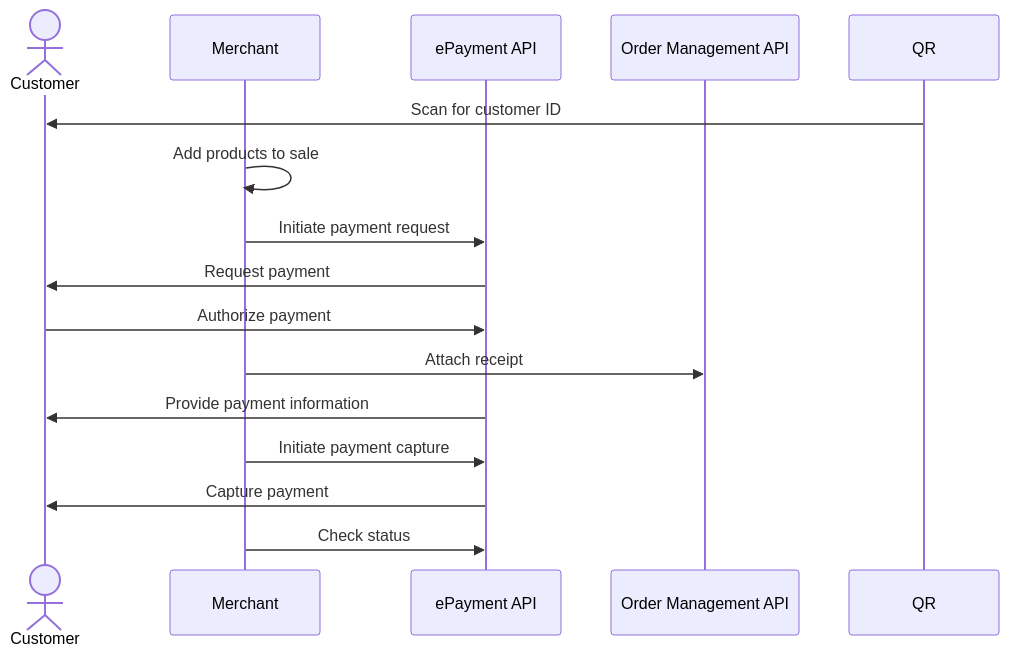
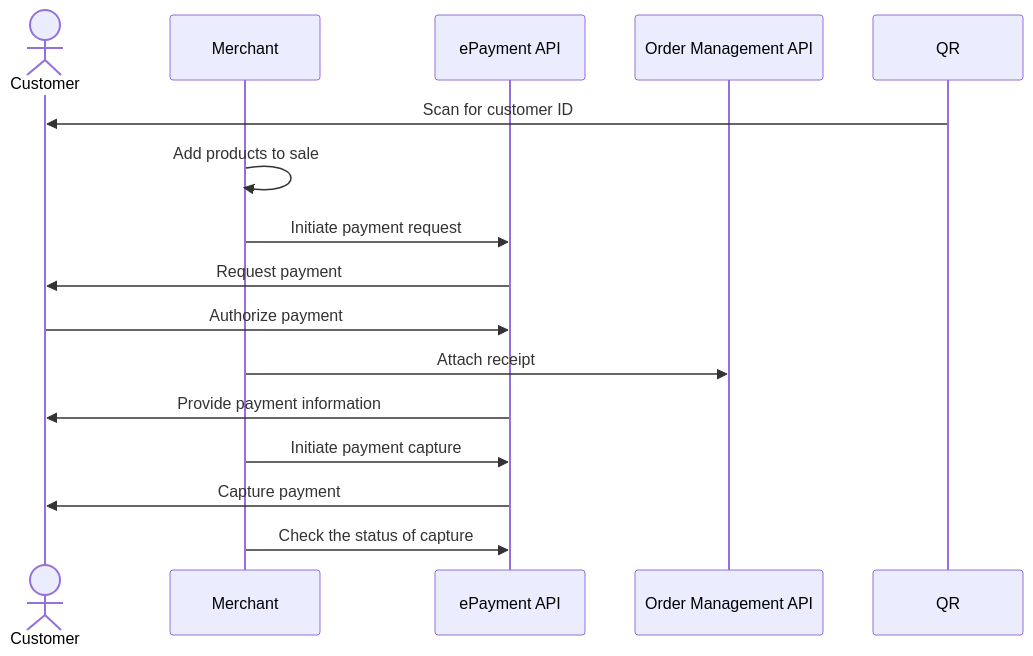
The diagram in in-store/README.md (vippsas/vipps-solutions), drawn with Mermaid before and after one commit. The commit also changed other lines of this file and 18 other files, not shown here.

````diff
--- a/in-store/README.md
+++ b/in-store/README.md
@@ -115,18 +127,18 @@
 ``` mermaid
 sequenceDiagram
     actor C as Customer
     participant M as Merchant
     participant ePayment as ePayment API
     participant ordermanagement as Order Management API
     
     QR->>C: Scan for customer ID
     M->>M: Add products to sale
     M->>ePayment: Initiate payment request
     ePayment->>C: Request payment
     C->>ePayment: Authorize payment
     M->> ordermanagement: Attach receipt
     ePayment->>C: Provide payment information
     M->>ePayment: Initiate payment capture
     ePayment->>C: Capture payment
-    M->>ePayment: Check status
+    M->>ePayment: Check the status of capture
 ```
````
